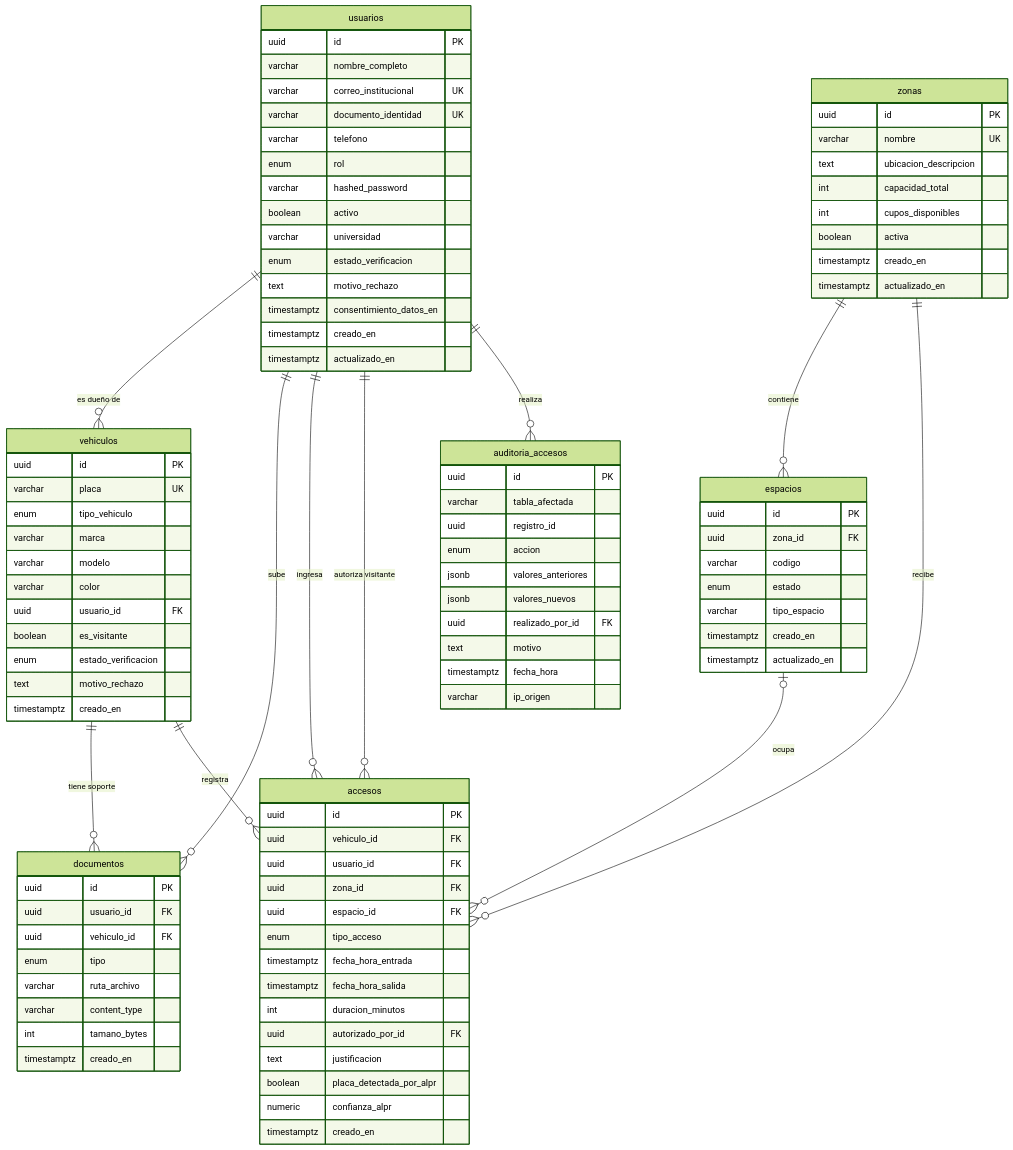
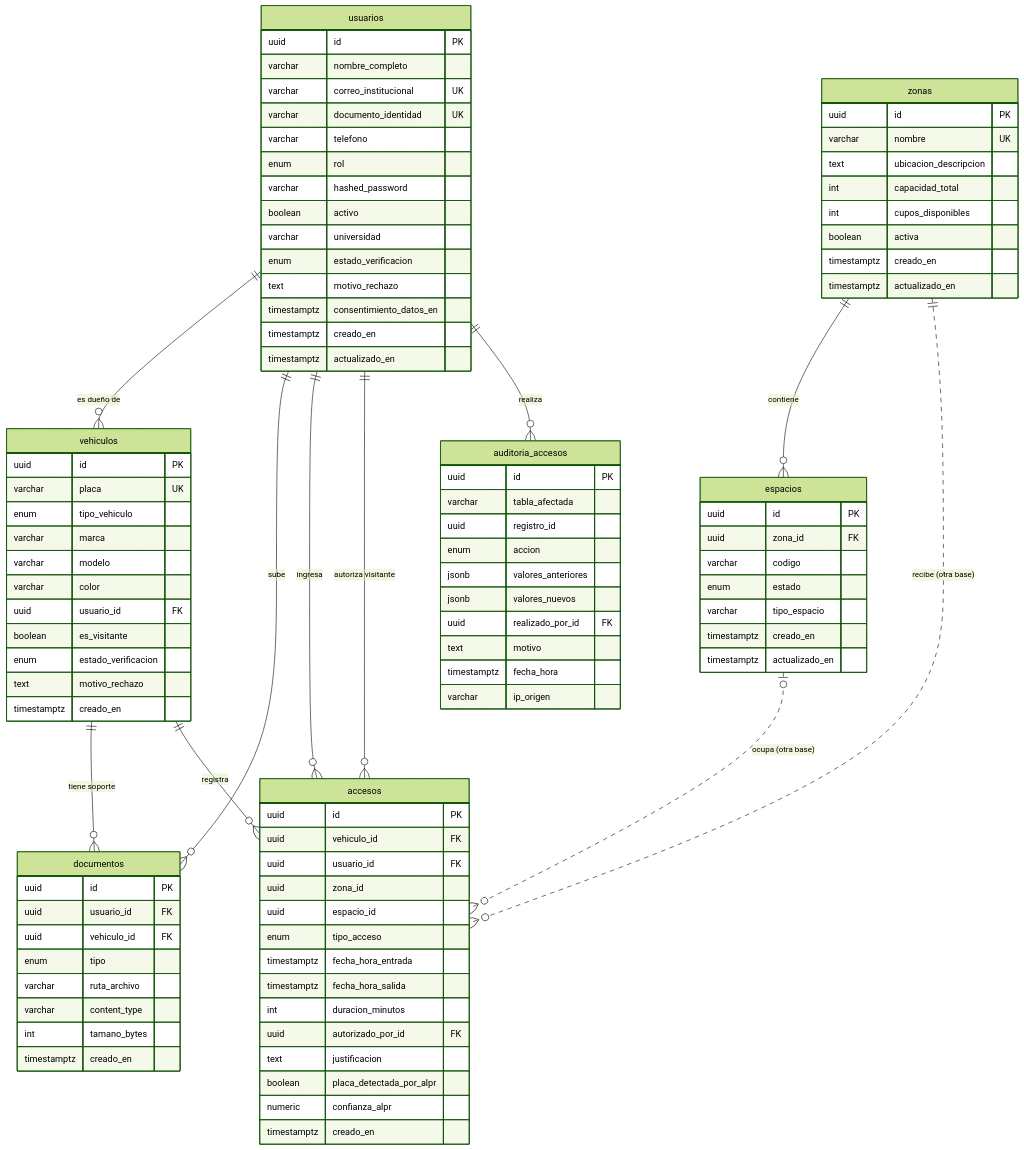
The diagram in base-de-datos/diagrama-er.md (1nagoca/sistema-parqueadero), drawn with Mermaid (forest theme) before and after one commit. The commit also changed other lines of this file and 59 other files, not shown here.

```diff
--- a/base-de-datos/diagrama-er.md
+++ b/base-de-datos/diagrama-er.md
@@ -11,8 +13,8 @@
     usuarios ||--o{ accesos : "autoriza visitante"
     vehiculos ||--o{ accesos : "registra"
     zonas ||--o{ espacios : "contiene"
-    zonas ||--o{ accesos : "recibe"
-    espacios |o--o{ accesos : "ocupa"
+    zonas ||..o{ accesos : "recibe (otra base)"
+    espacios |o..o{ accesos : "ocupa (otra base)"
     usuarios ||--o{ auditoria_accesos : "realiza"
 
     usuarios {
@@ -67,8 +69,8 @@
         uuid id PK
         uuid vehiculo_id FK
         uuid usuario_id FK
-        uuid zona_id FK
-        uuid espacio_id FK
+        uuid zona_id
+        uuid espacio_id
         enum tipo_acceso
         timestamptz fecha_hora_entrada
         timestamptz fecha_hora_salida
```
